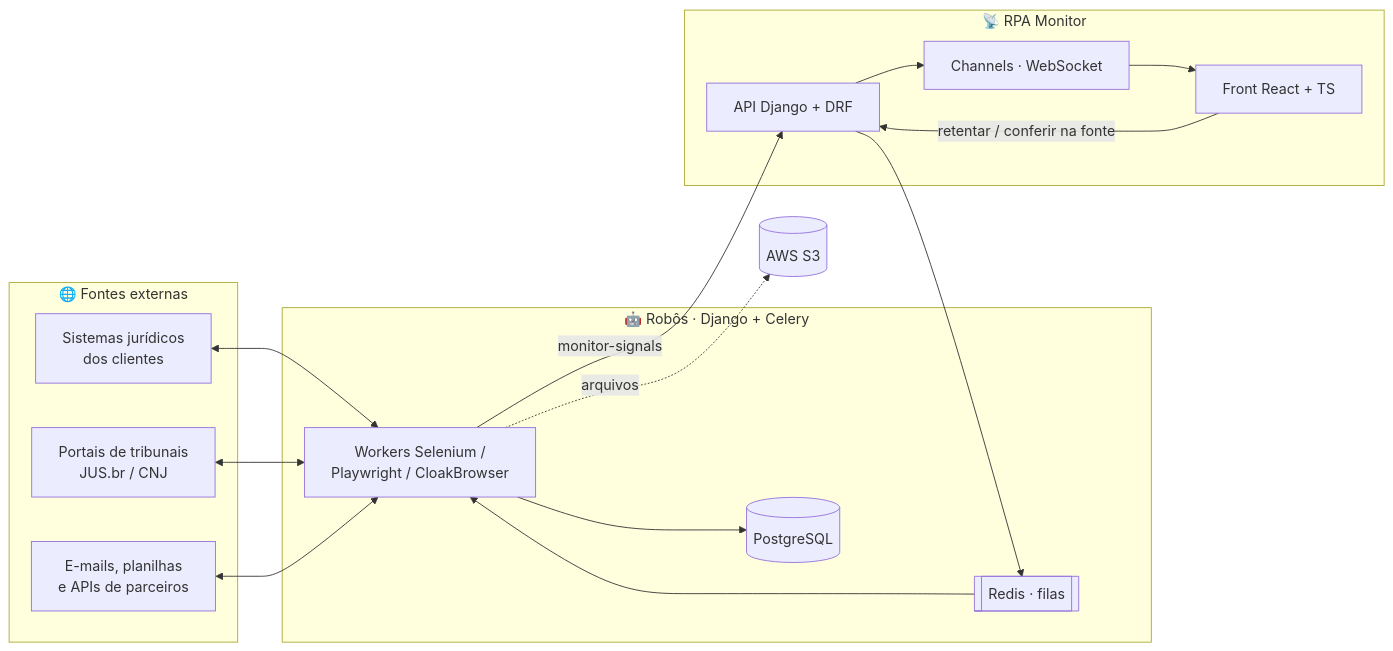
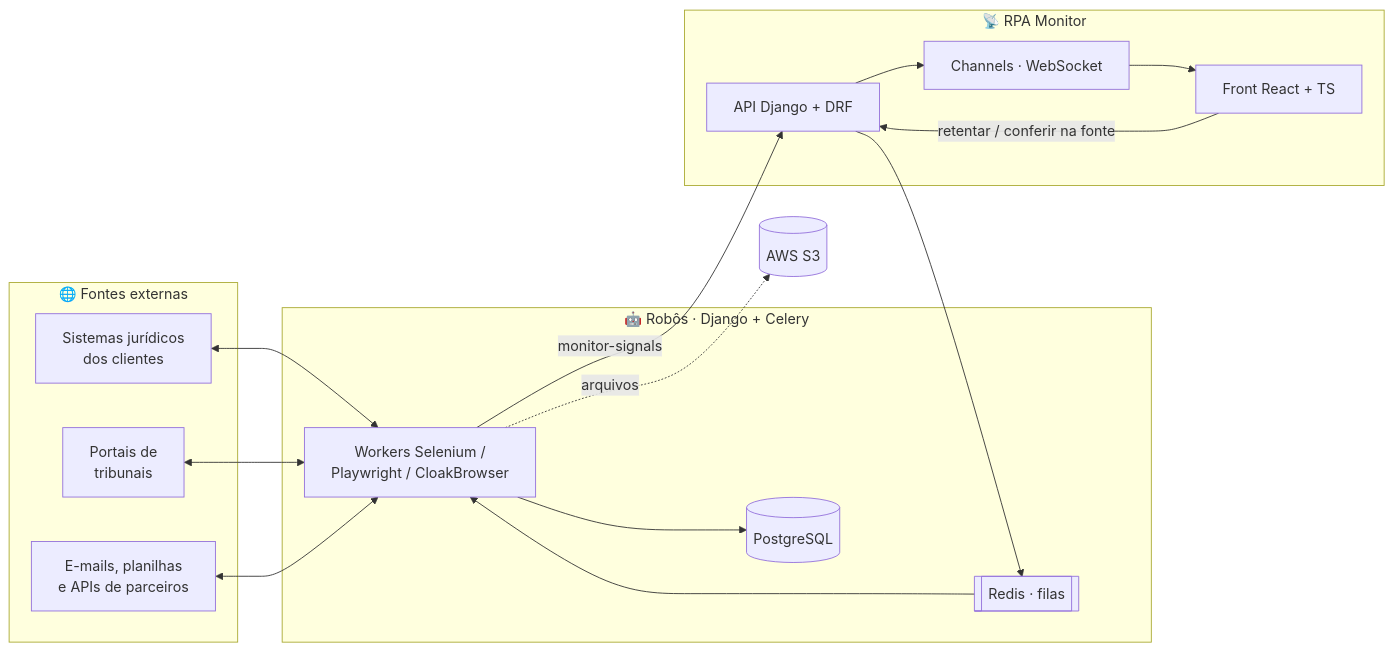
The second of 2 diagrams in README.md (VictorBarros28/VictorBarros28), drawn with Mermaid before and after one commit. The commit also changed other lines of this file and 1 other file, not shown here.

Commit message:
docs: refere-se a portais de tribunais em vez do JUS.br

````diff
--- a/README.md
+++ b/README.md
@@ -47,27 +47,27 @@
 ```mermaid
 flowchart LR
     subgraph Fontes["🌐 Fontes externas"]
         A1[Sistemas jurídicos<br/>dos clientes]
-        A2[Portais de tribunais<br/>JUS.br / CNJ]
+        A2[Portais de<br/>tribunais]
         A3[E-mails, planilhas<br/>e APIs de parceiros]
     end
 
     subgraph Robos["🤖 Robôs · Django + Celery"]
         B1[Workers Selenium /<br/>Playwright / CloakBrowser]
         B2[(PostgreSQL)]
         B3[[Redis · filas]]
     end
 
     subgraph Monitor["📡 RPA Monitor"]
         C1[API Django + DRF]
         C2[Channels · WebSocket]
         C3[Front React + TS]
     end
 
     A1 & A2 & A3 <--> B1
     B3 --> B1 --> B2
     B1 -- monitor-signals --> C1
     C1 --> C2 --> C3
     C3 -- retentar / conferir na fonte --> C1 --> B3
     B1 -. arquivos .-> S3[(AWS S3)]
 ```
````
